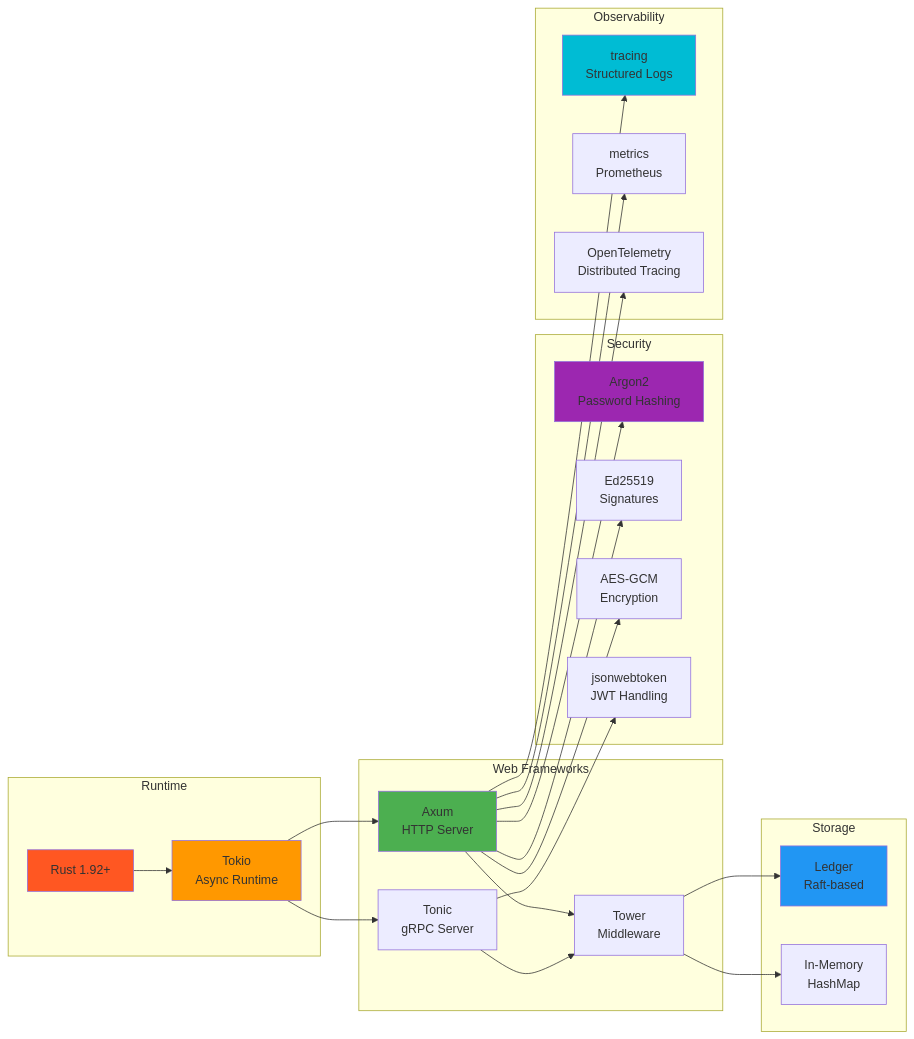
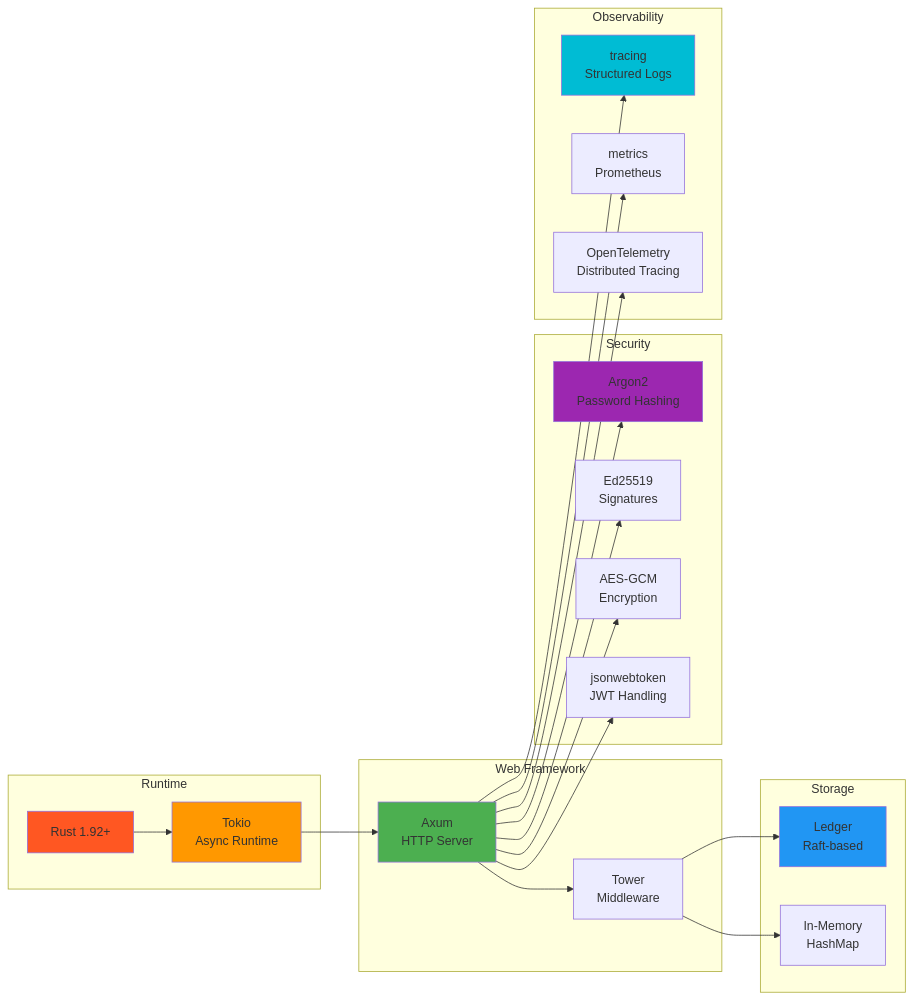
The ninth of 10 diagrams in docs/architecture.md (inferadb/control), drawn with Mermaid before and after one commit. The commit also changed other lines of this file and 49 other files, not shown here.

````diff
--- a/docs/architecture.md
+++ b/docs/architecture.md
@@ -472,56 +465,53 @@
 ```mermaid
 graph LR
     subgraph "Runtime"
         Rust[Rust 1.92+]
         Tokio[Tokio<br/>Async Runtime]
     end
 
-    subgraph "Web Frameworks"
+    subgraph "Web Framework"
         Axum[Axum<br/>HTTP Server]
-        Tonic[Tonic<br/>gRPC Server]
         Tower[Tower<br/>Middleware]
     end
 
     subgraph "Storage"
         LedgerDB[Ledger<br/>Raft-based]
         Memory[In-Memory<br/>HashMap]
     end
 
     subgraph "Security"
         Argon2[Argon2<br/>Password Hashing]
         Ed25519[Ed25519<br/>Signatures]
         AES[AES-GCM<br/>Encryption]
         JWT[jsonwebtoken<br/>JWT Handling]
     end
 
     subgraph "Observability"
         Tracing[tracing<br/>Structured Logs]
         Metrics[metrics<br/>Prometheus]
         OTLP[OpenTelemetry<br/>Distributed Tracing]
     end
 
     Rust --> Tokio
     Tokio --> Axum
-    Tokio --> Tonic
     Axum --> Tower
-    Tonic --> Tower
 
     Tower --> LedgerDB
     Tower --> Memory
 
     Axum --> Argon2
     Axum --> Ed25519
     Axum --> AES
-    Tonic --> JWT
+    Axum --> JWT
 
     Axum --> Tracing
     Axum --> Metrics
     Axum --> OTLP
 
     style Rust fill:#FF5722
     style Tokio fill:#FF9800
     style Axum fill:#4CAF50
     style LedgerDB fill:#2196F3
     style Argon2 fill:#9C27B0
     style Tracing fill:#00BCD4
 ```
````
